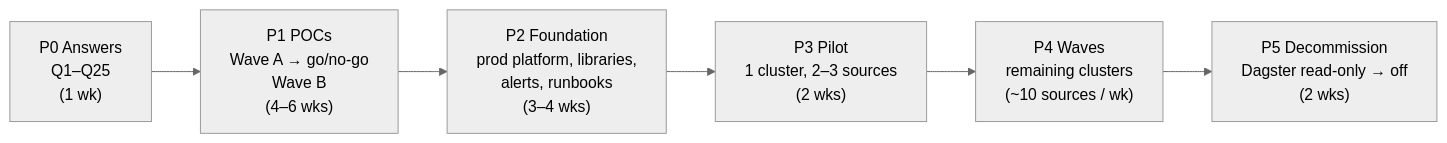
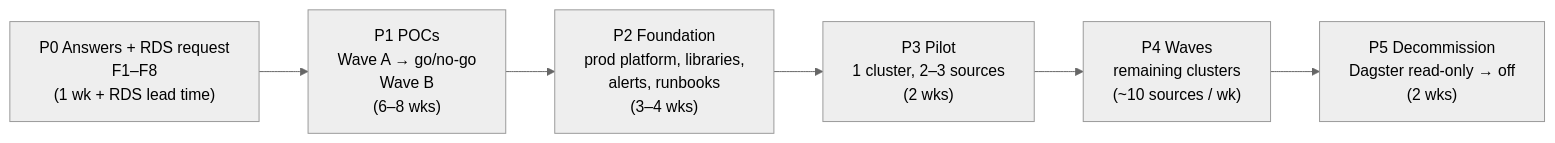
One commit to infroid/temporal-vs-dagster changed the first of 3 diagrams in migration/05-migration-plan.md. Above: the diagram before and after it, drawn with Mermaid (neutral theme). The commit also changed other lines of this file and 6 other files, not shown here.

````diff
--- a/migration/05-migration-plan.md
+++ b/migration/05-migration-plan.md
@@ -11,8 +12,8 @@
 ```mermaid
 flowchart LR
-  P0["P0 Answers<br/>Q1–Q25<br/>(1 wk)"] --> P1["P1 POCs<br/>Wave A → go/no-go<br/>Wave B<br/>(4–6 wks)"]
+  P0["P0 Answers + RDS request<br/>F1–F8<br/>(1 wk + RDS lead time)"] --> P1["P1 POCs<br/>Wave A → go/no-go<br/>Wave B<br/>(6–8 wks)"]
   P1 --> P2["P2 Foundation<br/>prod platform, libraries,<br/>alerts, runbooks<br/>(3–4 wks)"]
   P2 --> P3["P3 Pilot<br/>1 cluster, 2–3 sources<br/>(2 wks)"]
   P3 --> P4["P4 Waves<br/>remaining clusters<br/>(~10 sources / wk)"]
   P4 --> P5["P5 Decommission<br/>Dagster read-only → off<br/>(2 wks)"]
 ```
````
